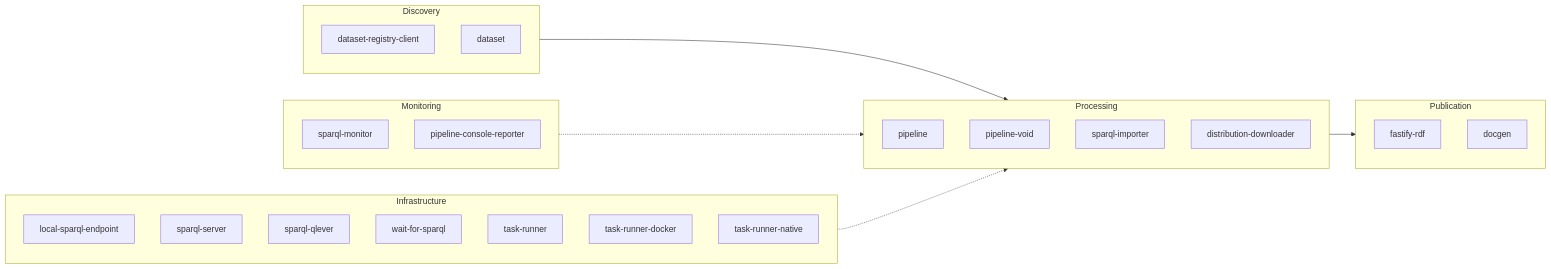
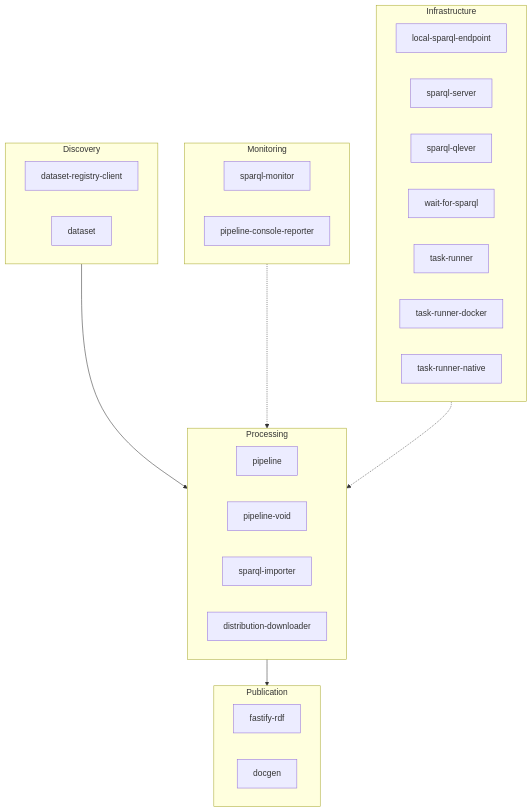
The diagram in README.md (ldengine/lde), drawn with Mermaid before and after one commit. The commit also changed other lines of this file, not shown here.

````diff
--- a/README.md
+++ b/README.md
@@ -40,39 +40,39 @@
 ```mermaid
-graph LR
+graph TD
   subgraph Discovery
     DR[dataset-registry-client]
     DS[dataset]
   end
 
   subgraph Processing
     P[pipeline]
     PV[pipeline-void]
     SI[sparql-importer]
     DD[distribution-downloader]
   end
 
   subgraph Publication
     FR[fastify-rdf]
     DG[docgen]
   end
 
   subgraph Monitoring
     SM[sparql-monitor]
     PCR[pipeline-console-reporter]
   end
 
   subgraph Infrastructure
     LSE[local-sparql-endpoint]
     SS[sparql-server]
     SQ[sparql-qlever]
     WFS[wait-for-sparql]
     TR[task-runner]
     TRD[task-runner-docker]
     TRN[task-runner-native]
   end
 
   Discovery --> Processing
   Processing --> Publication
   Monitoring -.-> Processing
   Infrastructure -.-> Processing
 ```
````
